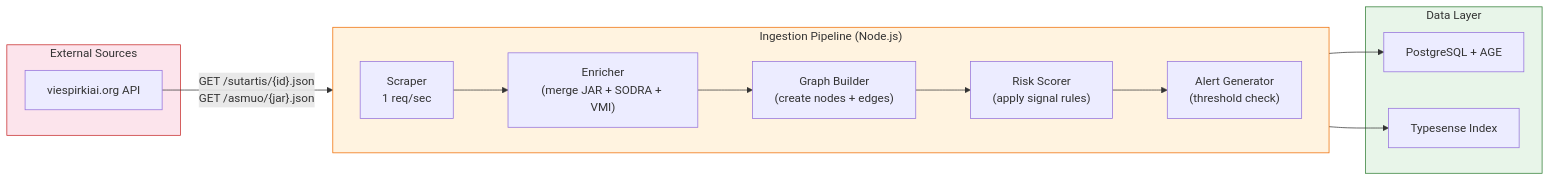
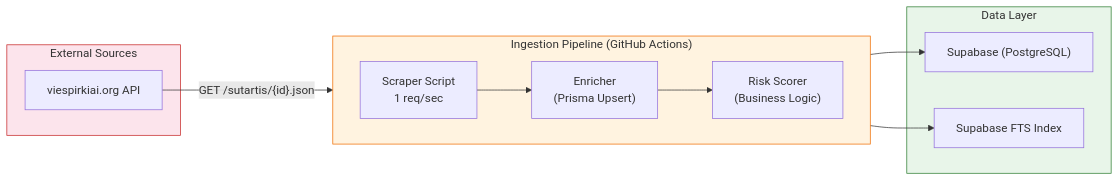
Before and after one commit to rimvydasb/risk-intelligence: the third of 7 diagrams in risk-intelligence-sad.md, drawn with Mermaid. The commit also changed other lines of this file and 1 other file, not shown here.

````diff
--- a/risk-intelligence-sad.md
+++ b/risk-intelligence-sad.md
@@ -563,28 +554,27 @@
 ```mermaid
 flowchart LR
     subgraph Sources["External Sources"]
         VP["viespirkiai.org API"]
     end
 
-    subgraph Pipeline["Ingestion Pipeline (Node.js)"]
+    subgraph Pipeline["Ingestion Pipeline (GitHub Actions)"]
         direction LR
-        S["Scraper<br/>1 req/sec"]
-        E["Enricher<br/>(merge JAR + SODRA + VMI)"]
-        G["Graph Builder<br/>(create nodes + edges)"]
-        R["Risk Scorer<br/>(apply signal rules)"]
-        A["Alert Generator<br/>(threshold check)"]
+        S["Scraper Script<br/>1 req/sec"]
+        E["Enricher<br/>(Prisma Upsert)"]
+        R["Risk Scorer<br/>(Business Logic)"]
     end
 
     subgraph Storage["Data Layer"]
-        PG["PostgreSQL + AGE"]
-        TS["Typesense Index"]
+        PG["Supabase (PostgreSQL)"]
+        FTS["Supabase FTS Index"]
     end
 
-    VP -->|" GET /sutartis/{id}.json<br/>GET /asmuo/{jar}.json "| S
-    S --> E --> G --> R --> A
-    A --> PG
-    A --> TS
+    VP -->|"GET /sutartis/{id}.json"| S
+    S --> E --> R
+    R --> PG
+    R --> FTS
+
     style Sources fill: #fce4ec, stroke: #c62828
     style Pipeline fill: #fff3e0, stroke: #ef6c00
     style Storage fill: #e8f5e9, stroke: #2e7d32
 ```
````
